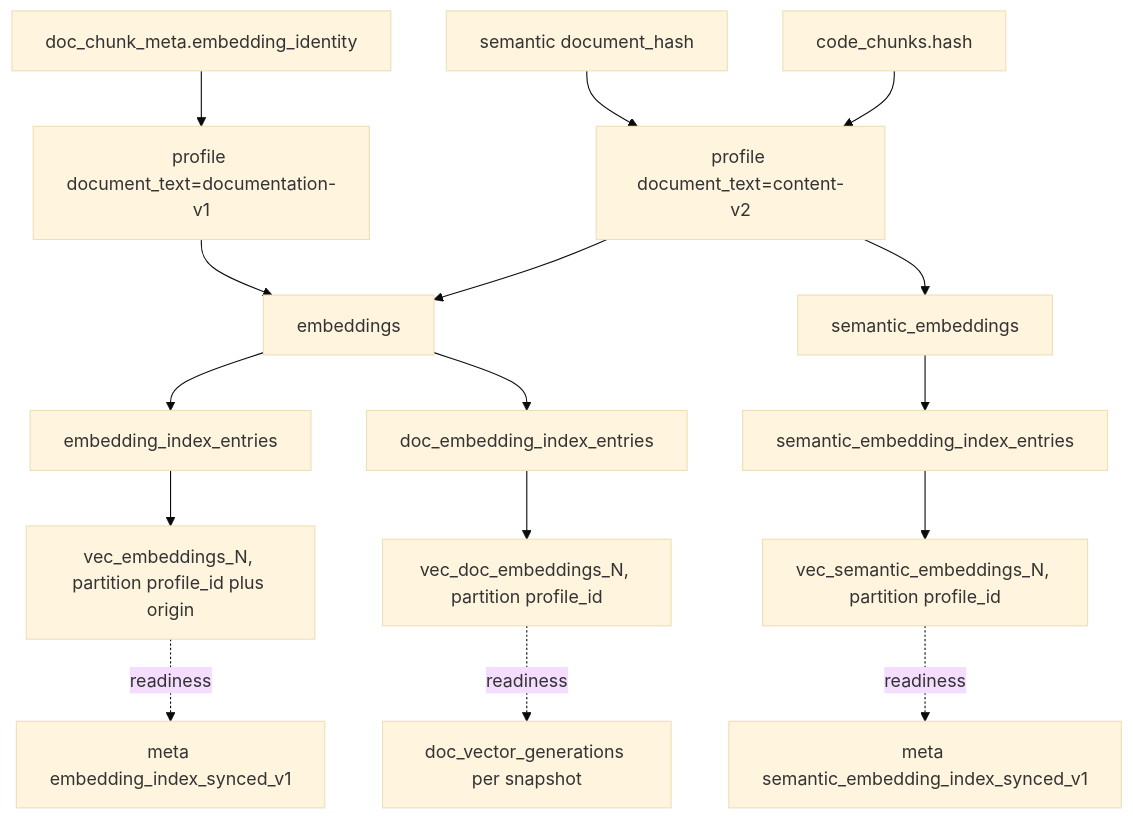
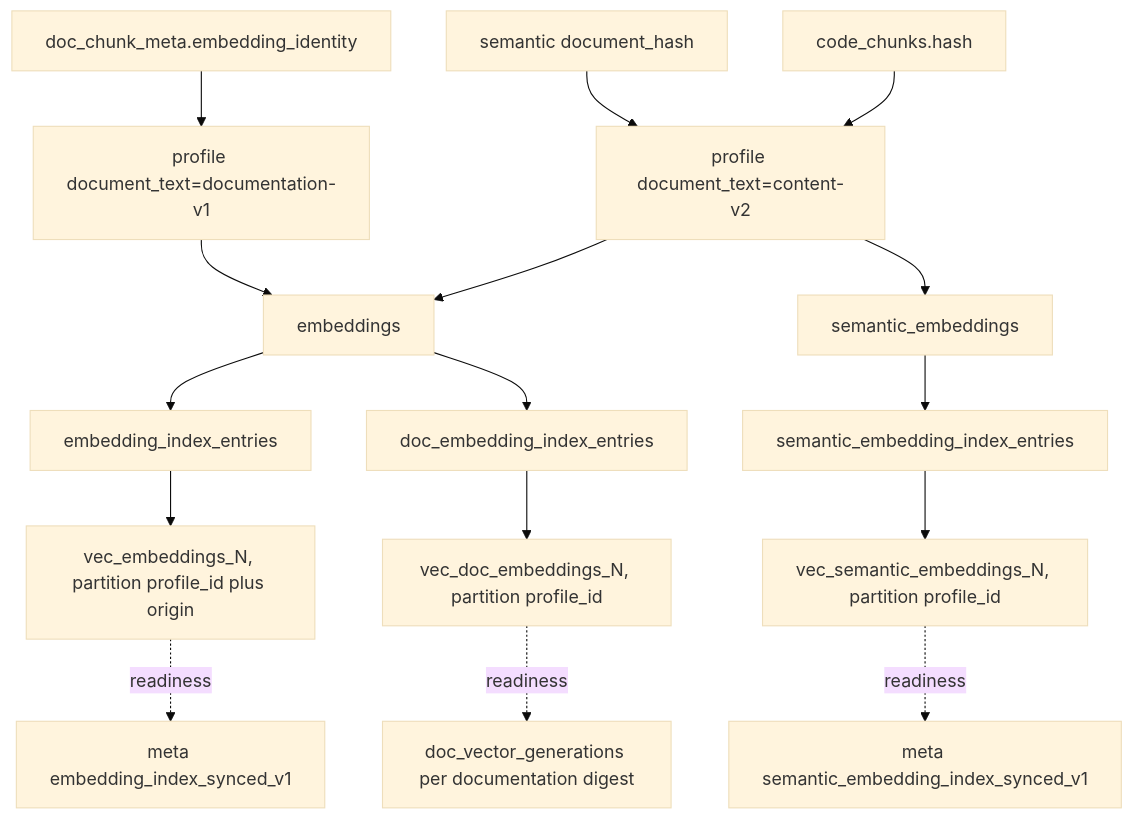
The first of 2 diagrams in docs/codebase-analysis/09-semantic-layer.md (iantocristian/jscout), drawn with Mermaid (base theme) before and after one commit. The commit also changed other lines of this file and 10 other files, not shown here.

Commit message:
docs: refresh architecture analysis for plane identities

````diff
--- a/docs/codebase-analysis/09-semantic-layer.md
+++ b/docs/codebase-analysis/09-semantic-layer.md
@@ -41,35 +41,35 @@
 ```mermaid
 flowchart TB
   CODE["code_chunks.hash"]
   SEMDOC["semantic document_hash"]
   DOCID["doc_chunk_meta.embedding_identity"]
   PCODE["profile document_text=content-v2"]
   PDOCS["profile document_text=documentation-v1"]
   CACHE["embeddings"]
   SCACHE["semantic_embeddings"]
   EIE["embedding_index_entries"]
   DIE["doc_embedding_index_entries"]
   SIE["semantic_embedding_index_entries"]
   VCODE["vec_embeddings_N, partition profile_id plus origin"]
   VDOC["vec_doc_embeddings_N, partition profile_id"]
   VSEM["vec_semantic_embeddings_N, partition profile_id"]
   MARK["meta embedding_index_synced_v1"]
   SMARK["meta semantic_embedding_index_synced_v1"]
-  GEN["doc_vector_generations per snapshot"]
+  GEN["doc_vector_generations per documentation digest"]
 
   CODE --> PCODE
   SEMDOC --> PCODE
   DOCID --> PDOCS
   PCODE --> CACHE
   PDOCS --> CACHE
   PCODE --> SCACHE
   CACHE --> EIE
   CACHE --> DIE
   SCACHE --> SIE
   EIE --> VCODE
   DIE --> VDOC
   SIE --> VSEM
   VCODE -.readiness.-> MARK
   VSEM -.readiness.-> SMARK
   VDOC -.readiness.-> GEN
 ```
````
